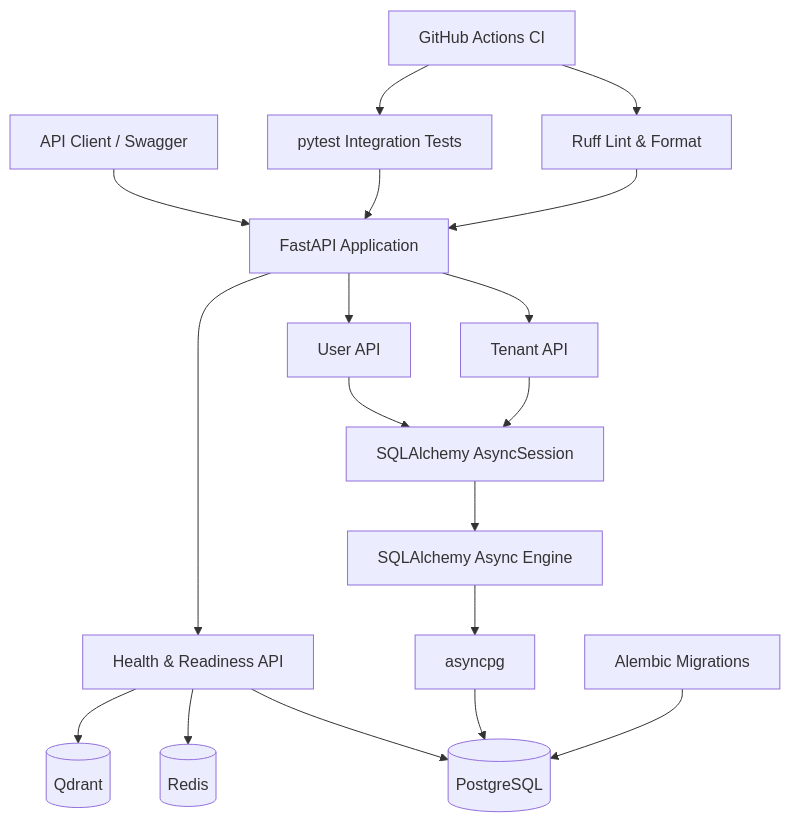
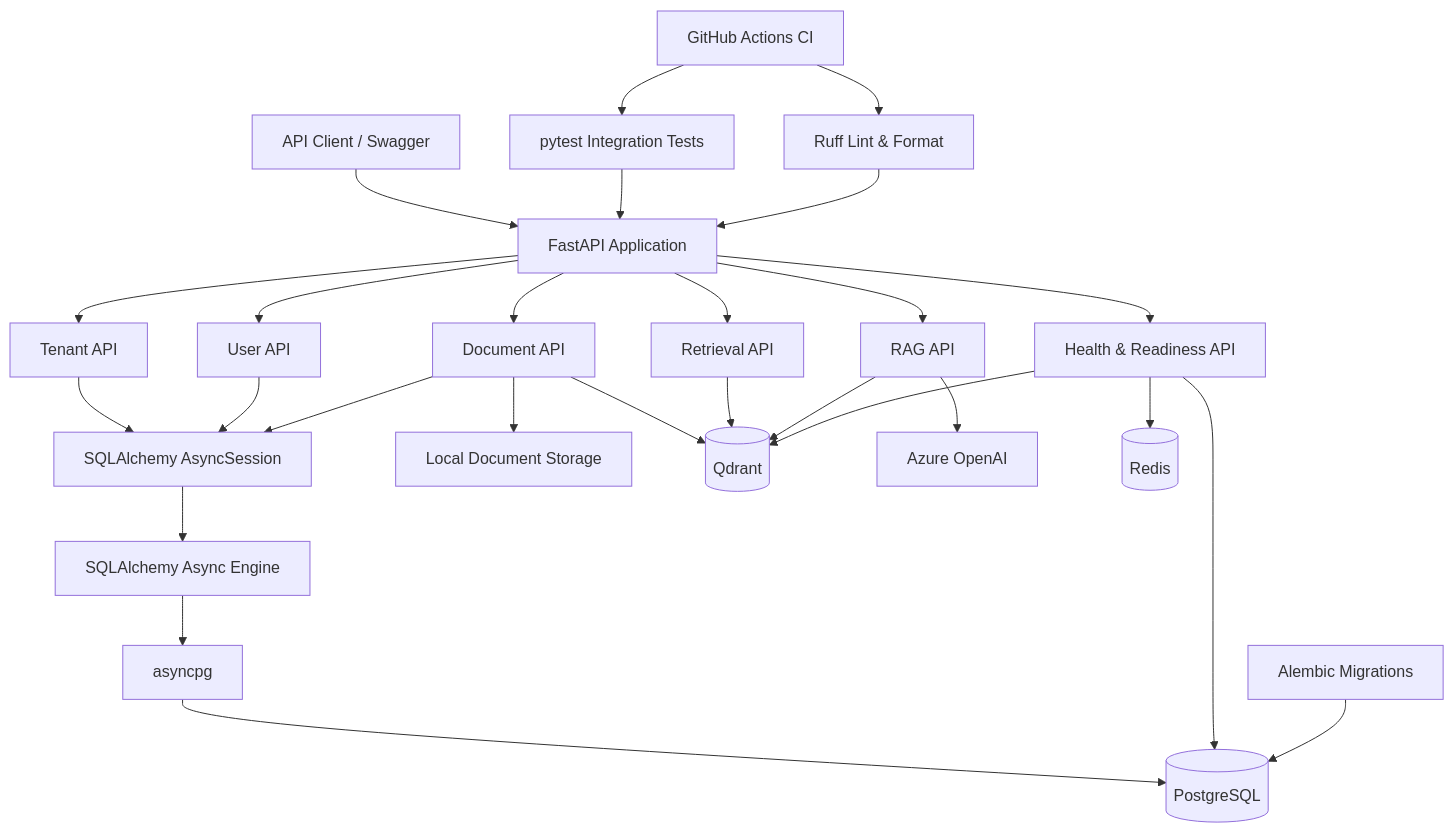
The diagram in README.md (kkureli/enterprise-agentic-ai-platform), drawn with Mermaid before and after one commit. The commit also changed other lines of this file and 35 other files, not shown here.

````diff
--- a/README.md
+++ b/README.md
@@ -69,30 +46,40 @@
 ```mermaid
 flowchart TD
     Client[API Client / Swagger]
 
     Client --> FastAPI[FastAPI Application]
 
     FastAPI --> TenantAPI[Tenant API]
     FastAPI --> UserAPI[User API]
+    FastAPI --> DocumentAPI[Document API]
+    FastAPI --> RetrievalAPI[Retrieval API]
+    FastAPI --> RagAPI[RAG API]
     FastAPI --> HealthAPI[Health & Readiness API]
 
     TenantAPI --> Session[SQLAlchemy AsyncSession]
     UserAPI --> Session
+    DocumentAPI --> Session
 
     Session --> Engine[SQLAlchemy Async Engine]
     Engine --> AsyncPG[asyncpg]
     AsyncPG --> PostgreSQL[(PostgreSQL)]
 
+    DocumentAPI --> Storage[Local Document Storage]
+    DocumentAPI --> Qdrant[(Qdrant)]
+    RetrievalAPI --> Qdrant
+    RagAPI --> Qdrant
+    RagAPI --> Azure[Azure OpenAI]
+
     HealthAPI --> PostgreSQL
     HealthAPI --> Redis[(Redis)]
-    HealthAPI --> Qdrant[(Qdrant)]
+    HealthAPI --> Qdrant
 
     Alembic[Alembic Migrations] --> PostgreSQL
 
     Pytest[pytest Integration Tests] --> FastAPI
     Ruff[Ruff Lint & Format] --> FastAPI
 
     GitHub[GitHub Actions CI]
     GitHub --> Ruff
     GitHub --> Pytest
 ```
````
